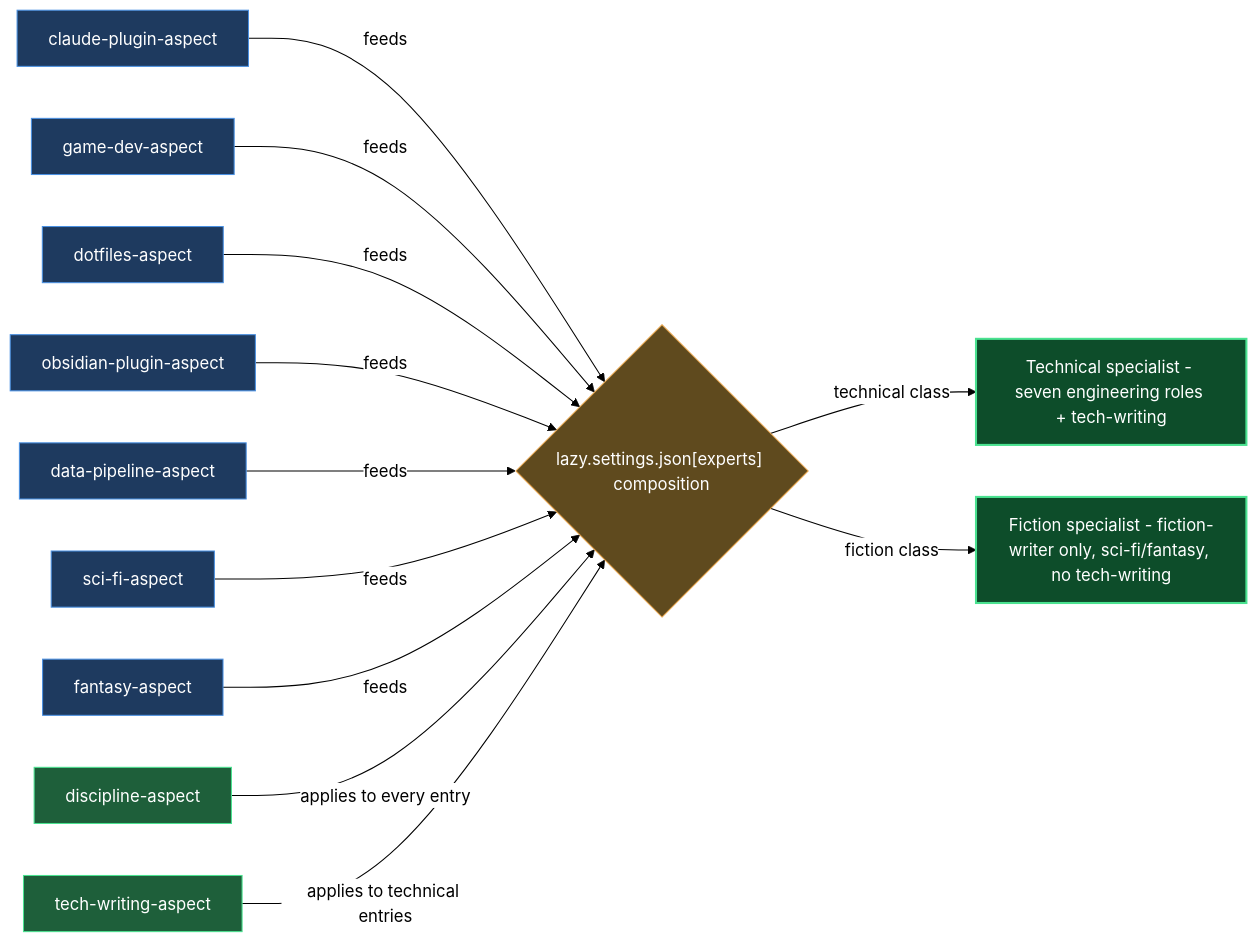
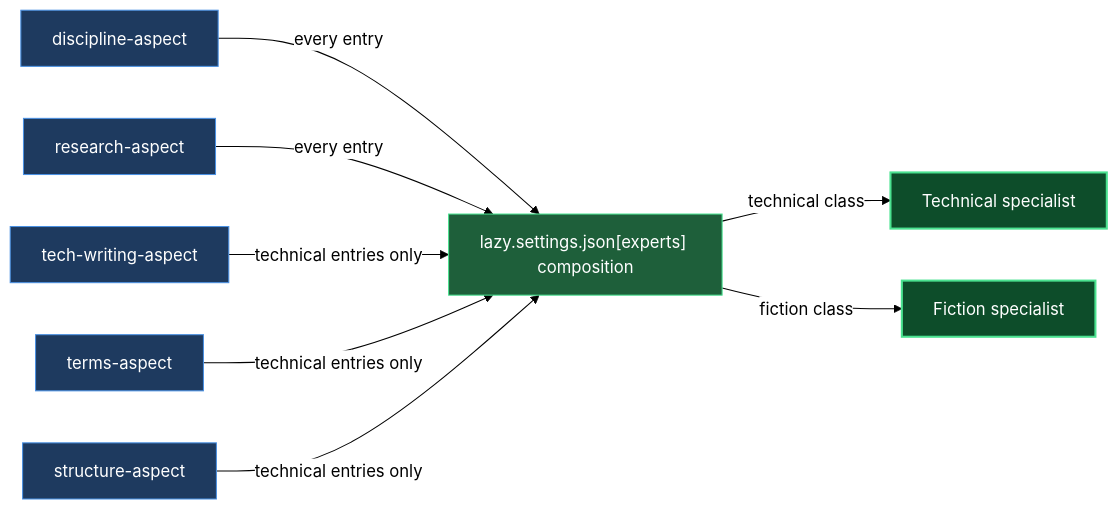
Before and after one commit to mebius-san/lazy-cortex: the second of 2 diagrams in claude/lazycortex-experts/help/aspects.md, drawn with Mermaid. The commit also changed other lines of this file and 511 other files, not shown here.

First line of the commit message:
release: core 7.0.0, specs 6.0.0, review 6.1.0, obsidian 3.0.0, wiki 2.0.0, python 4.0.0, experts 1.0.0, diagram 1.1.7, observe 0.8.3

````diff
--- a/claude/lazycortex-experts/help/aspects.md
+++ b/claude/lazycortex-experts/help/aspects.md
@@ -97,45 +145,33 @@
 ```mermaid
 %%{init: {'themeVariables':{'background':'transparent','lineColor':'#000','textColor':'#000','edgeLabelBackground':'#fff'},'themeCSS':'.edgeLabel{background-color:transparent!important}.edgeLabel p{background-color:transparent!important}','flowchart':{'diagramPadding':5,'useMaxWidth':true}}}%%
 flowchart LR
-  claudePluginAspect[claude-plugin-aspect]
-  gameDevAspect[game-dev-aspect]
-  dotfilesAspect[dotfiles-aspect]
-  obsidianPluginAspect[obsidian-plugin-aspect]
-  dataPipelineAspect[data-pipeline-aspect]
-  sciFiAspect[sci-fi-aspect]
-  fantasyAspect[fantasy-aspect]
-  disciplineAspect[discipline-aspect]
-  techWritingAspect[tech-writing-aspect]
-  expertsComposition{"lazy.settings.json[experts] composition"}
-  technicalBranch[Technical specialist - seven engineering roles + tech-writing]
-  fictionBranch[Fiction specialist - fiction-writer only, sci-fi/fantasy, no tech-writing]
+  disciplineAspect["discipline-aspect"]
+  researchAspect["research-aspect"]
+  techWritingAspect["tech-writing-aspect"]
+  termsAspect["terms-aspect"]
+  structureAspect["structure-aspect"]
+  expertsComposition["lazy.settings.json[experts] composition"]
+  technicalSpecialist["Technical specialist"]
+  fictionSpecialist["Fiction specialist"]
 
-  claudePluginAspect -->|feeds| expertsComposition
-  gameDevAspect -->|feeds| expertsComposition
-  dotfilesAspect -->|feeds| expertsComposition
-  obsidianPluginAspect -->|feeds| expertsComposition
-  dataPipelineAspect -->|feeds| expertsComposition
-  sciFiAspect -->|feeds| expertsComposition
-  fantasyAspect -->|feeds| expertsComposition
-  disciplineAspect -->|applies to every entry| expertsComposition
-  techWritingAspect -->|applies to technical entries| expertsComposition
-  expertsComposition -->|technical class| technicalBranch
-  expertsComposition -->|fiction class| fictionBranch
+  disciplineAspect -->|every entry| expertsComposition
+  researchAspect -->|every entry| expertsComposition
+  techWritingAspect -->|technical entries only| expertsComposition
+  termsAspect -->|technical entries only| expertsComposition
+  structureAspect -->|technical entries only| expertsComposition
+  expertsComposition -->|technical class| technicalSpecialist
+  expertsComposition -->|fiction class| fictionSpecialist
 
   classDef entry fill:#1e3a5f,stroke:#4a90e2,color:#fff
-  classDef guard fill:#5f4a1e,stroke:#e2a14a,color:#fff
   classDef action fill:#1e5f3a,stroke:#4ae290,color:#fff
   classDef success fill:#0d4d2a,stroke:#4ae290,color:#fff,stroke-width:2px
-  class claudePluginAspect entry
-  class gameDevAspect entry
-  class dotfilesAspect entry
-  class obsidianPluginAspect entry
-  class dataPipelineAspect entry
-  class sciFiAspect entry
-  class fantasyAspect entry
-  class disciplineAspect action
-  class techWritingAspect action
-  class expertsComposition guard
-  class technicalBranch success
-  class fictionBranch success
+
+  class disciplineAspect entry
+  class researchAspect entry
+  class techWritingAspect entry
+  class termsAspect entry
+  class structureAspect entry
+  class expertsComposition action
+  class technicalSpecialist success
+  class fictionSpecialist success
 ```
````
